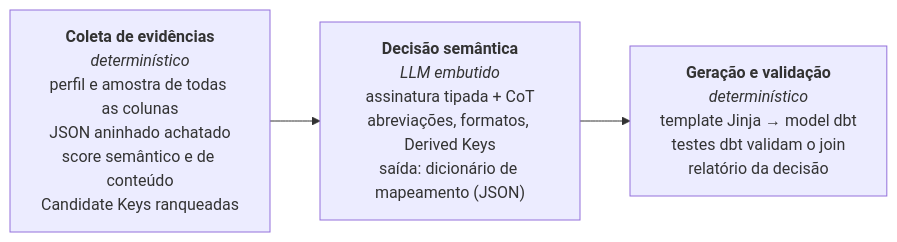
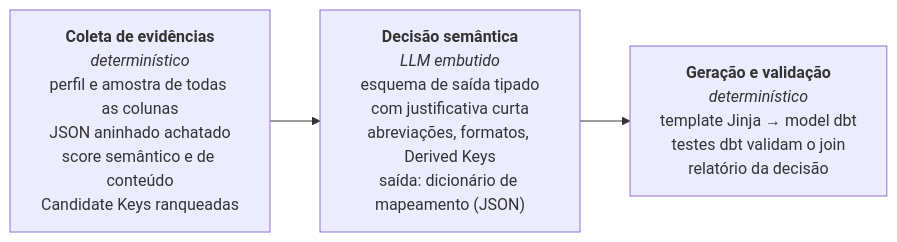
The first of 2 diagrams in docs/tcc/proposta.md (LuizaMaluf/Integracao-de-Dados-com-Modelos-de-Linguagem), drawn with Mermaid before and after one commit. The commit also changed other lines of this file and 4 other files, not shown here.

````diff
--- a/docs/tcc/proposta.md
+++ b/docs/tcc/proposta.md
@@ -39,7 +39,7 @@
 ```mermaid
 flowchart LR
     A["<b>Coleta de evidências</b><br/><i>determinístico</i><br/>perfil e amostra de todas as colunas<br/>JSON aninhado achatado<br/>score semântico e de conteúdo<br/>Candidate Keys ranqueadas"]
-    B["<b>Decisão semântica</b><br/><i>LLM embutido</i><br/>assinatura tipada + CoT<br/>abreviações, formatos, Derived Keys<br/>saída: dicionário de mapeamento (JSON)"]
+    B["<b>Decisão semântica</b><br/><i>LLM embutido</i><br/>esquema de saída tipado<br/>com justificativa curta<br/>abreviações, formatos, Derived Keys<br/>saída: dicionário de mapeamento (JSON)"]
     C["<b>Geração e validação</b><br/><i>determinístico</i><br/>template Jinja → model dbt<br/>testes dbt validam o join<br/>relatório da decisão"]
     A --> B --> C
 ```
````
